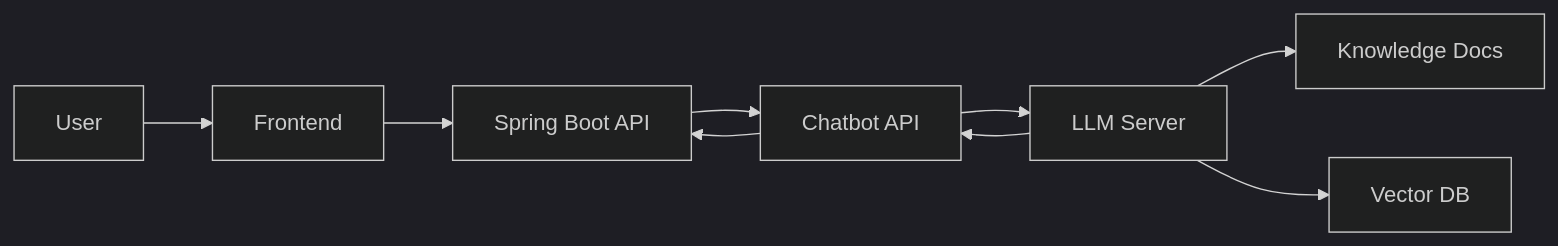
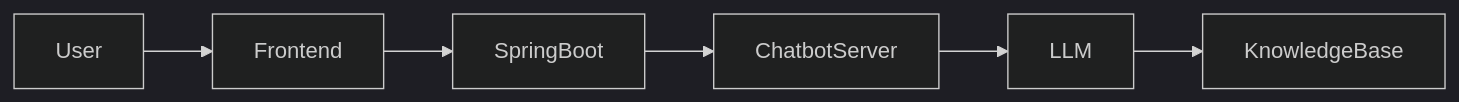
One commit to mjkang4416/CC_back changed the first of 2 diagrams in docs/README.md. Above: the diagram before and after it, drawn with Mermaid (dark theme). The commit also changed other lines of this file, not shown here.

````diff
--- a/docs/README.md
+++ b/docs/README.md
@@ -103,11 +45,8 @@
 ``` mermaid
 flowchart LR
-    User[User] --> FE[Frontend]
-    FE --> API[Spring Boot API]
-    API --> CHAT[Chatbot API]
-    CHAT --> LLM[LLM Server]
-    LLM --> DOCS[Knowledge Docs]
-    LLM --> VECTOR[Vector DB]
-    LLM --> CHAT
-    CHAT --> API
+User --> Frontend
+Frontend --> SpringBoot
+SpringBoot --> ChatbotServer
+ChatbotServer --> LLM
+LLM --> KnowledgeBase
 ```
````
